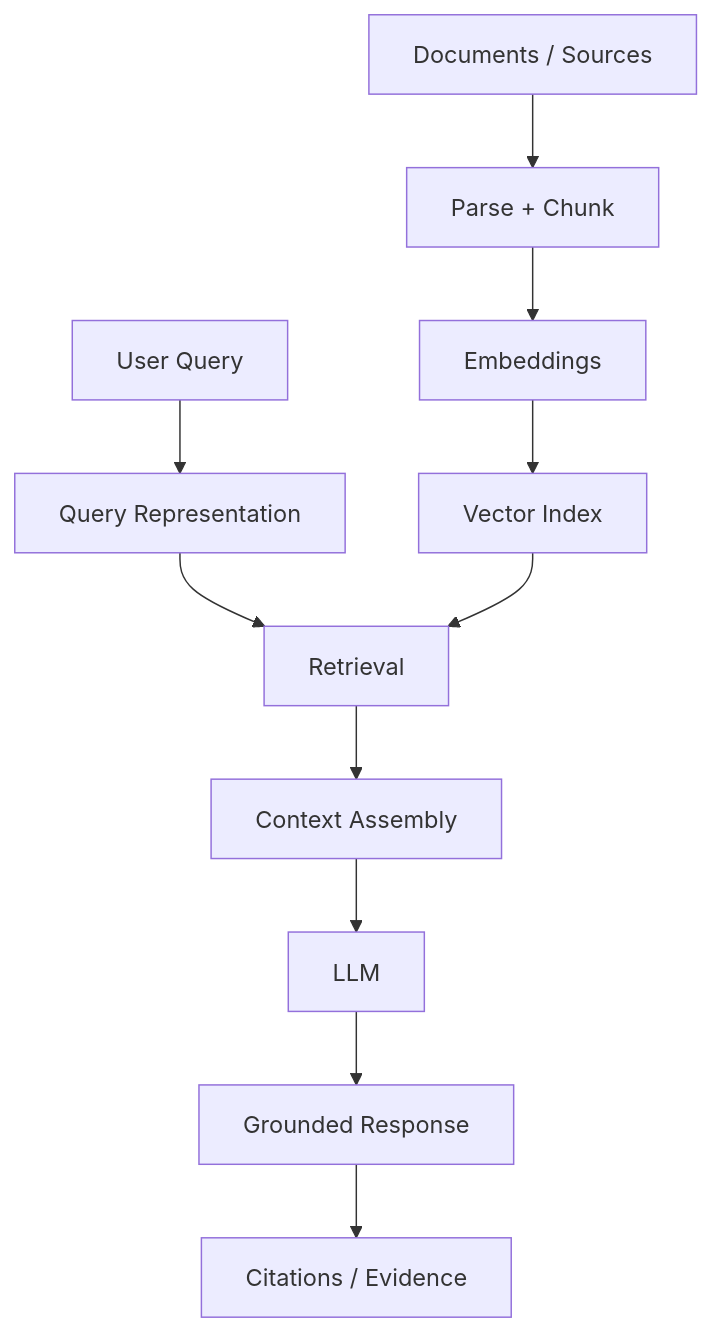
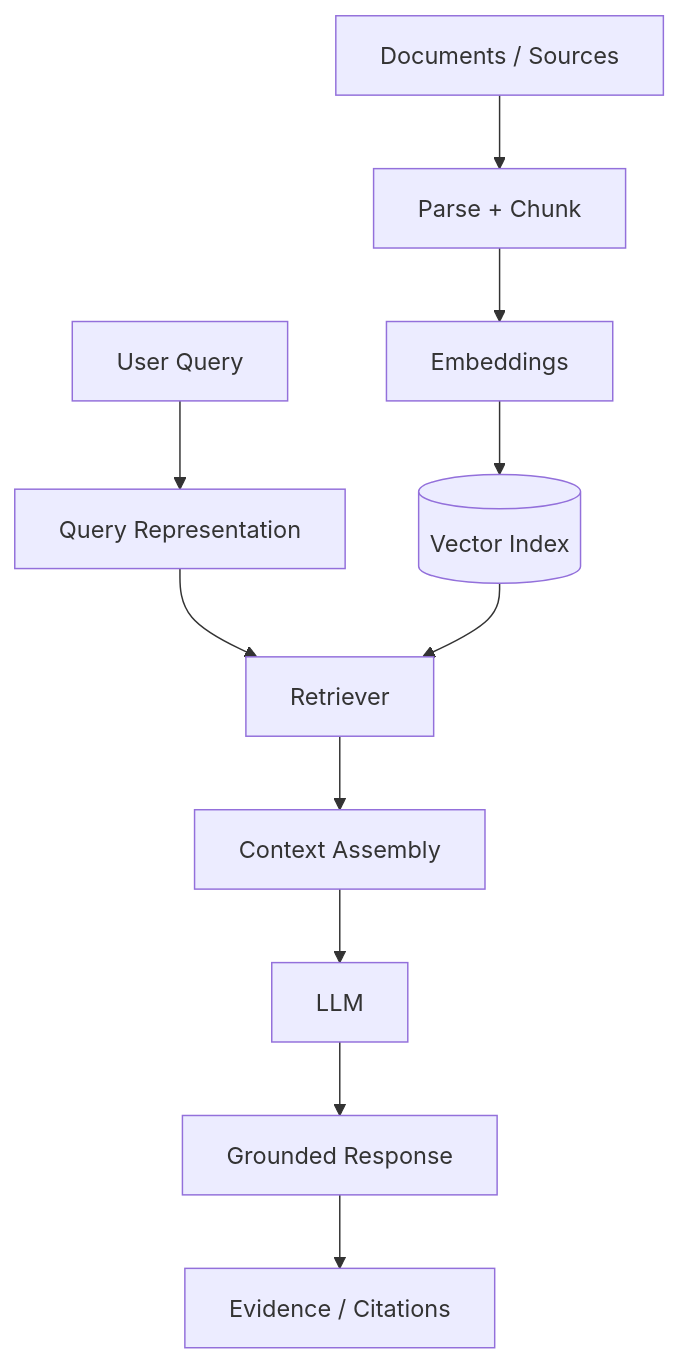
The third of 7 diagrams in README.md (Yashvi-Vekariya/Yashvi-Vekariya), drawn with Mermaid before and after one commit. The commit also changed other lines of this file, not shown here.

````diff
--- a/README.md
+++ b/README.md
@@ -116,13 +239,15 @@
 ```mermaid
 flowchart TD
-    A[Documents / Sources] --> B[Parse + Chunk]
-    B --> C[Embeddings]
-    C --> D[Vector Index]
-    Q[User Query] --> E[Query Representation]
-    E --> F[Retrieval]
-    D --> F
-    F --> G[Context Assembly]
-    G --> H[LLM]
-    H --> I[Grounded Response]
-    I --> J[Citations / Evidence]
+    S["Documents / Sources"] --> P["Parse + Chunk"]
+    P --> E["Embeddings"]
+    E --> V[("Vector Index")]
+
+    Q["User Query"] --> QE["Query Representation"]
+    QE --> R["Retriever"]
+    V --> R
+
+    R --> C["Context Assembly"]
+    C --> L["LLM"]
+    L --> O["Grounded Response"]
+    O --> X["Evidence / Citations"]
 ```
````
